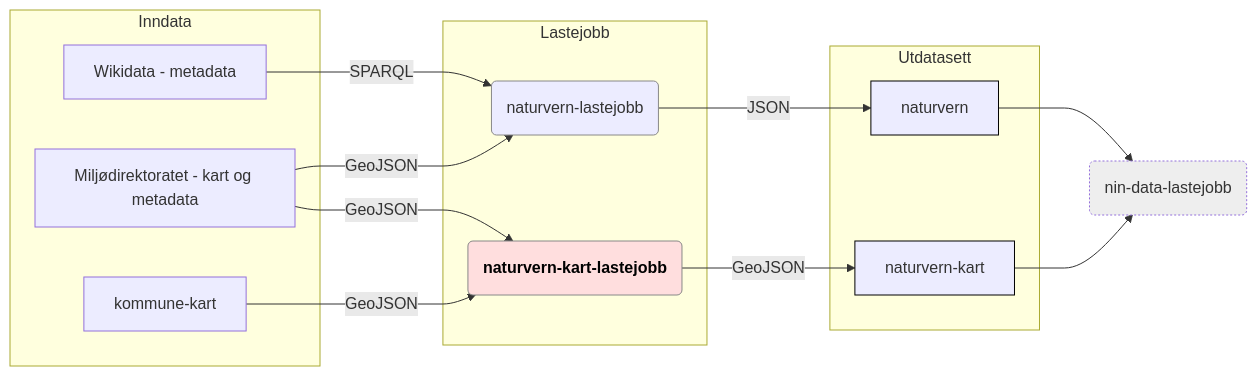
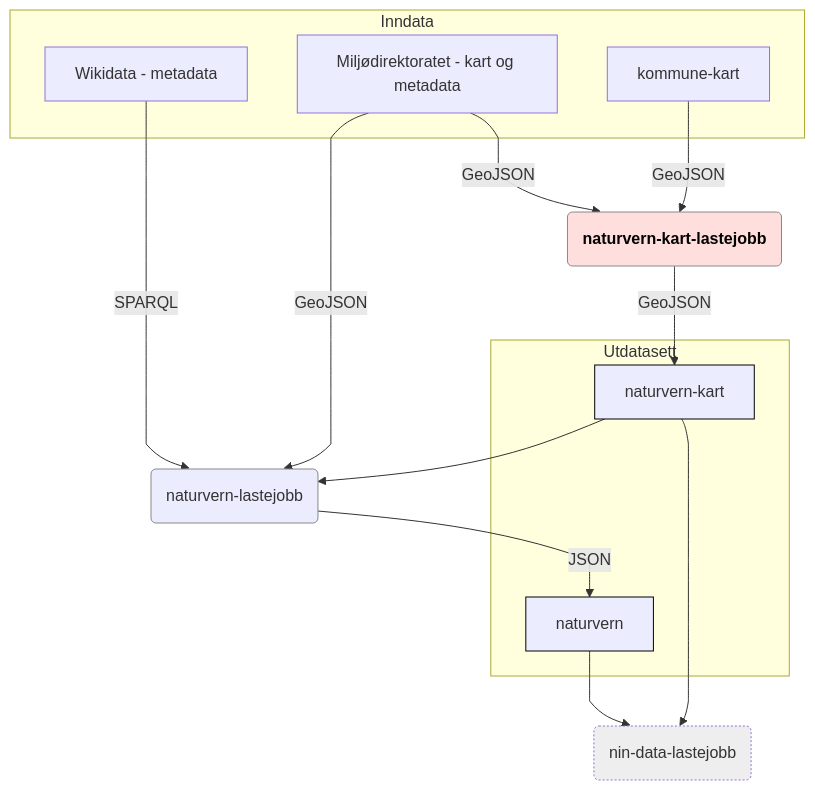
One commit to Artsdatabanken/naturvern-kart-lastejobb changed the diagram in doc/flytdiagram.md. Above: the diagram before and after it, drawn with Mermaid. The commit also changed 1 other file, not shown here.

Commit message:
Kommuner inn

````diff
--- a/doc/flytdiagram.md
+++ b/doc/flytdiagram.md
@@ -1,46 +1,45 @@
 ```mermaid
 
-graph LR;
+graph TB;
   linkStyle default interpolate monotoneX
     subgraph Inndata
       kommune-kart[kommune-kart]
       wikidata[Wikidata - metadata]
       mdir[Miljødirektoratet - kart og metadata]
     end
-    subgraph Lastejobb
       naturvern-kart-lastejobb(naturvern-kart-lastejobb)
       naturvern-lastejobb(naturvern-lastejobb)
-    end
     subgraph Utdatasett
       naturvern-kart[naturvern-kart]
       naturvern[naturvern]
     end
     wikidata-->|SPARQL|naturvern-lastejobb;
     mdir-->|GeoJSON|naturvern-lastejobb;
     mdir-->|GeoJSON|naturvern-kart-lastejobb;
     naturvern-kart-lastejobb-->|GeoJSON|naturvern-kart;
     naturvern-lastejobb-->|JSON|naturvern;
     kommune-kart-->|GeoJSON|naturvern-kart-lastejobb(naturvern-kart-lastejobb);
     naturvern-->nin-data-lastejobb(nin-data-lastejobb);
     naturvern-kart-->nin-data-lastejobb(nin-data-lastejobb);
+    naturvern-kart-->naturvern-lastejobb(naturvern-lastejobb);
     click naturvern-lastejobb "https://github.com/Artsdatabanken/naturvern-lastejobb" "_"
     click naturvern "https://github.com/Artsdatabanken/naturvern" "_"
     click naturvern-kart "https://github.com/Artsdatabanken/naturvern-kart" "_"
     click naturvern-kart-lastejobb "https://github.com/Artsdatabanken/naturvern-kart-lastejobb" "_"
     click kommune-kart "https://github.com/Artsdatabanken/kommune-kart" "_"
     click wikidata "https://www.wikidata.org/wiki/Q15284" "_"
     click mdir "https://www.mdir.no" "_"
 
 class naturvern-kart-lastejobb focus
 class kommune,wikidata,mdir data
 class naturvern,naturvern-kart, utdata
 class naturvern-lastejobb,xnaturvern-kart-lastejobb lastejobb
 class nin-data-lastejobb next
 classDef focusx stroke:#888,stroke-width:3px,font-weight:600;
 classDef focus color:#000,fill:#ffdede,stroke:#888,stroke-widthx:3px,font-weight:600;
 classDef data fillx:#ffd;
 classDef lastejobb fillx:#fff,stroke:#888;
 classDef utdata fillx:#ffa,stroke:#000;
 classDef next fill:#eee,stroke-dasharray: 2, 2;
 
 ```
````
